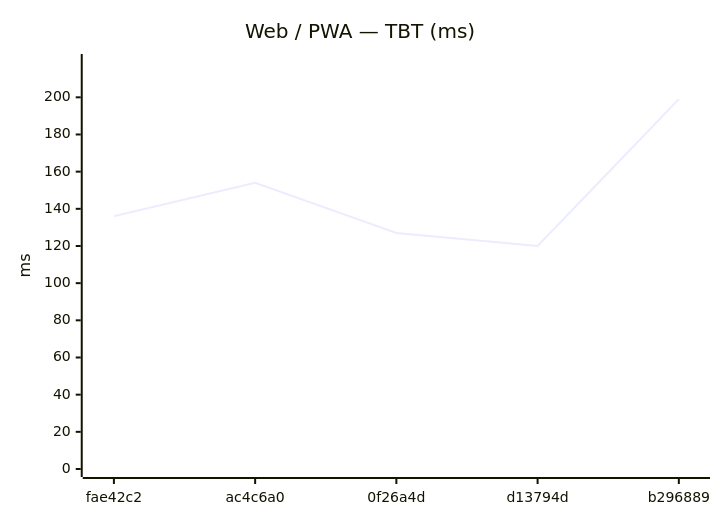
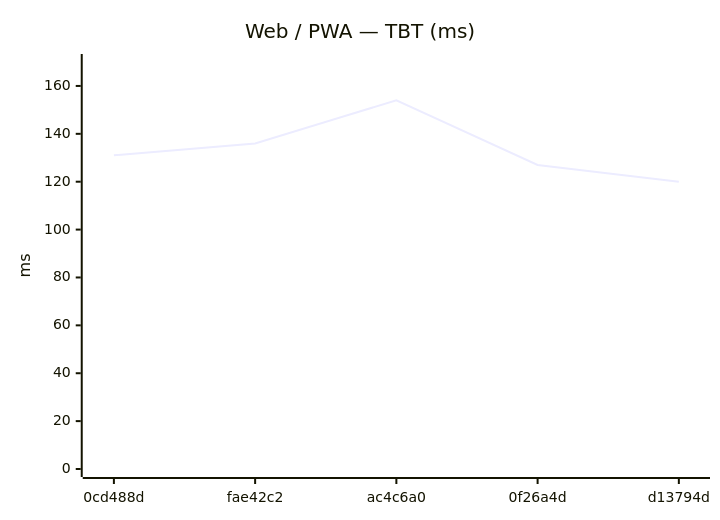
The eighth of 18 diagrams in benchmarks/compare.md (Metaheurist/Rianell), drawn with Mermaid before and after one commit. The commit also changed other lines of this file and 11 other files, not shown here.

````diff
--- a/benchmarks/compare.md
+++ b/benchmarks/compare.md
@@ -124,7 +124,7 @@
 ```mermaid
 xychart-beta
     title "Web / PWA — TBT (ms)"
-    x-axis ["fae42c2", "ac4c6a0", "0f26a4d", "d13794d", "b296889"]
-    y-axis "ms" 0 --> 219
-    line [136, 154, 127, 120, 199]
+    x-axis ["0cd488d", "fae42c2", "ac4c6a0", "0f26a4d", "d13794d"]
+    y-axis "ms" 0 --> 170
+    line [131, 136, 154, 127, 120]
 ```
````
